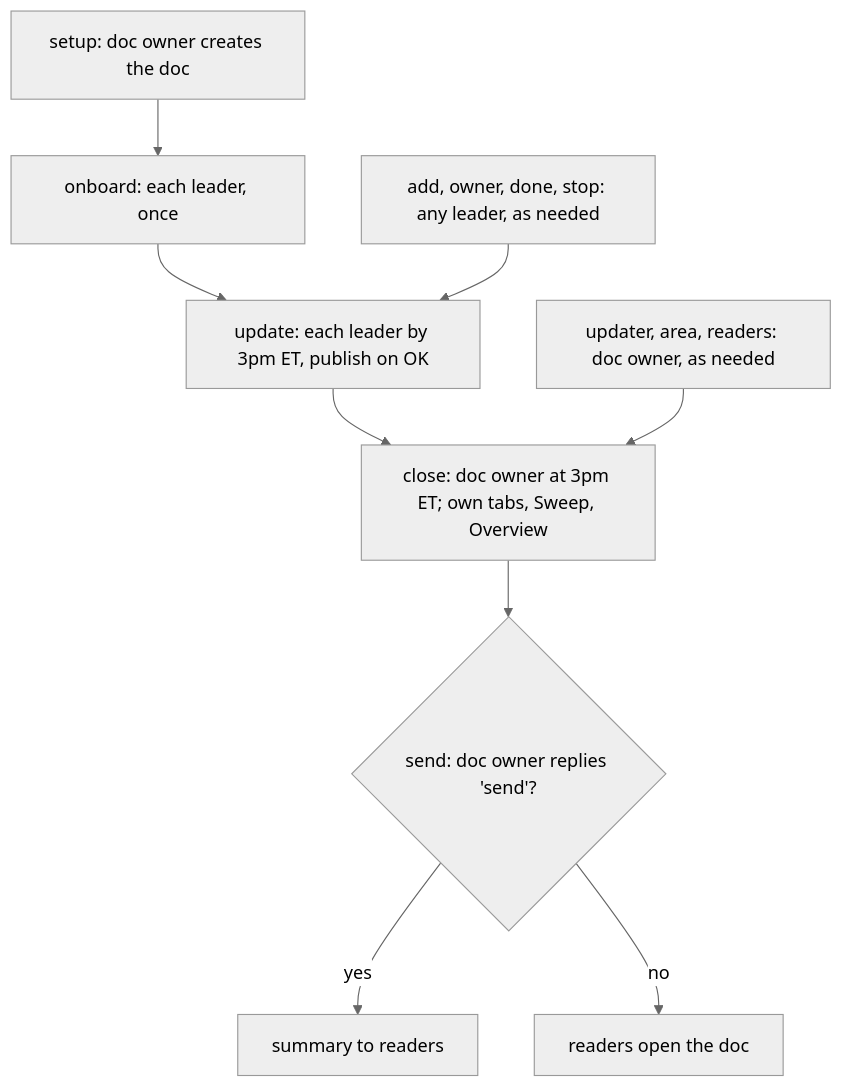
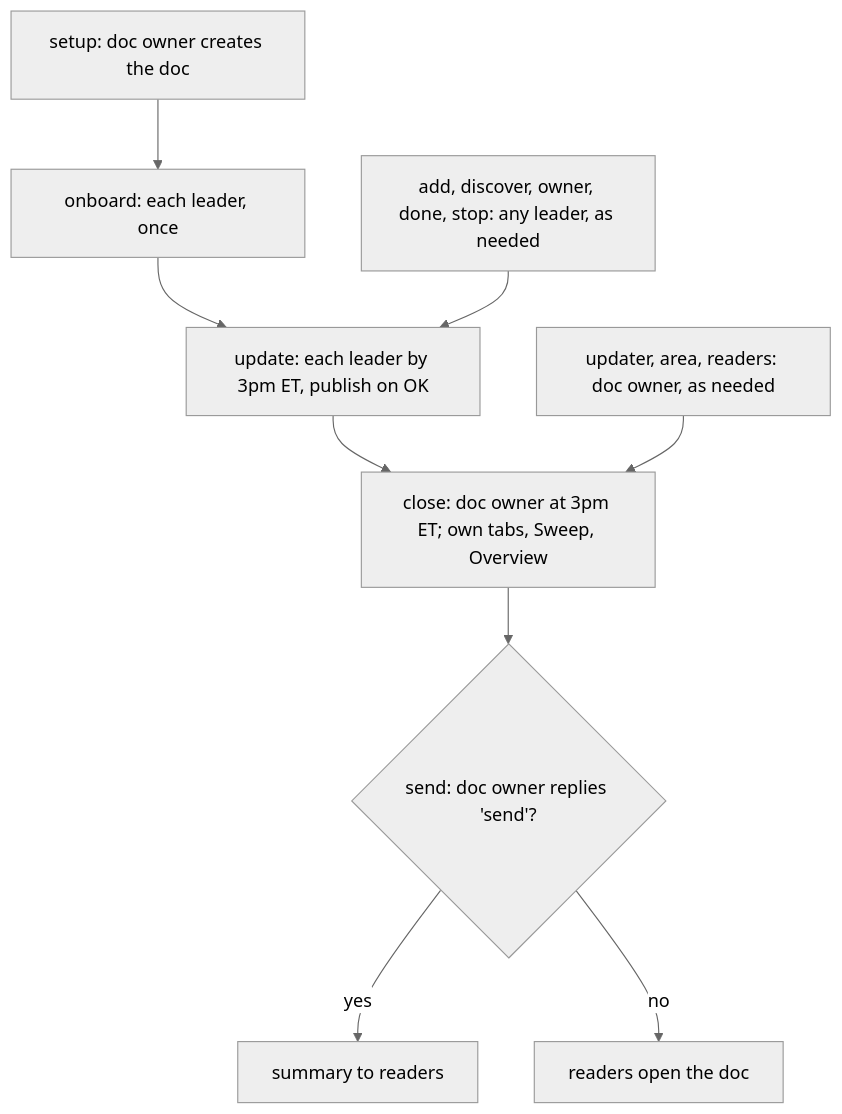
One commit to medhatgalal/Core-Prompts changed the diagram in .codex/skills/engos-operations-daily-update/SKILL.md. Above: the diagram before and after it, drawn with Mermaid (neutral theme). The commit also changed other lines of this file and 31 other files, not shown here.

````diff
--- a/.codex/skills/engos-operations-daily-update/SKILL.md
+++ b/.codex/skills/engos-operations-daily-update/SKILL.md
@@ -98,11 +99,11 @@
 ```mermaid
 flowchart TD
     A["setup: doc owner creates the doc"] --> B["onboard: each leader, once"]
     B --> C["update: each leader by 3pm ET, publish on OK"]
     C --> D["close: doc owner at 3pm ET; own tabs, Sweep, Overview"]
     D --> E{"send: doc owner replies 'send'?"}
     E -->|yes| F["summary to readers"]
     E -->|no| G["readers open the doc"]
-    H["add, owner, done, stop: any leader, as needed"] --> C
+    H["add, discover, owner, done, stop: any leader, as needed"] --> C
     I["updater, area, readers: doc owner, as needed"] --> D
 ```
````
